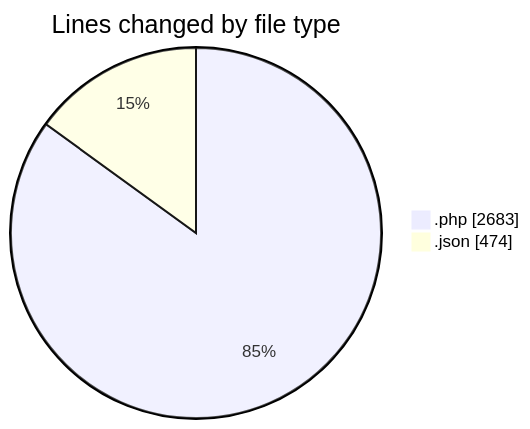
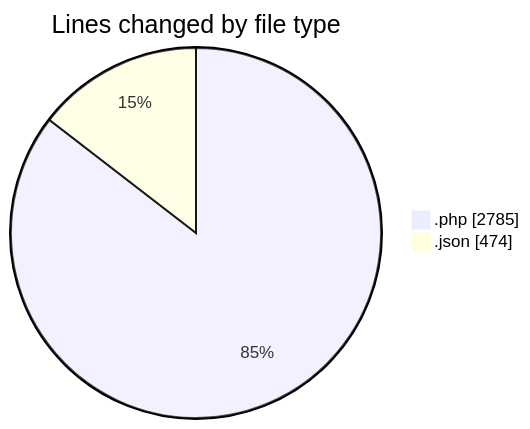
Before and after one commit to idhammustaqopulfikri/code-tracking: the first of 2 diagrams in 2025-06-22/studio-backend/README.md, drawn with Mermaid. The commit also changed other lines of this file and 1 other file, not shown here.

````diff
--- a/2025-06-22/studio-backend/README.md
+++ b/2025-06-22/studio-backend/README.md
@@ -30,6 +30,6 @@
 ```mermaid
 pie showData
 title Lines changed by file type
-".php" : 2683
+".php" : 2785
 ".json" : 474
 ```
````
